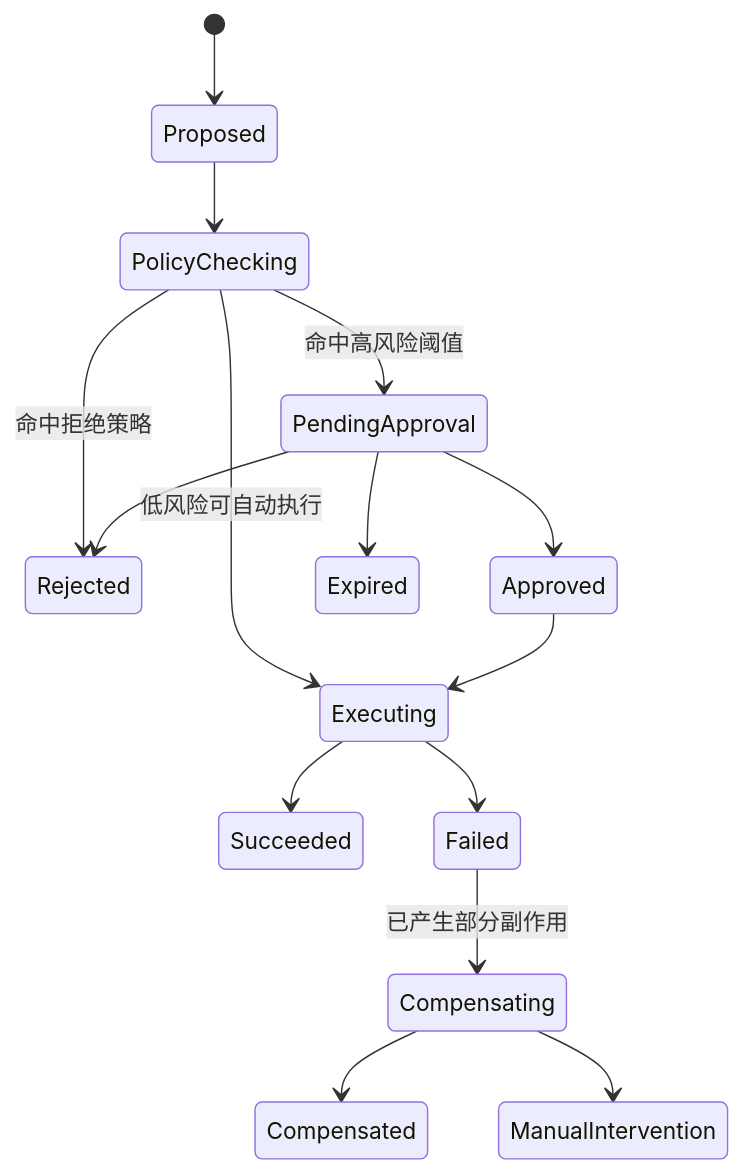
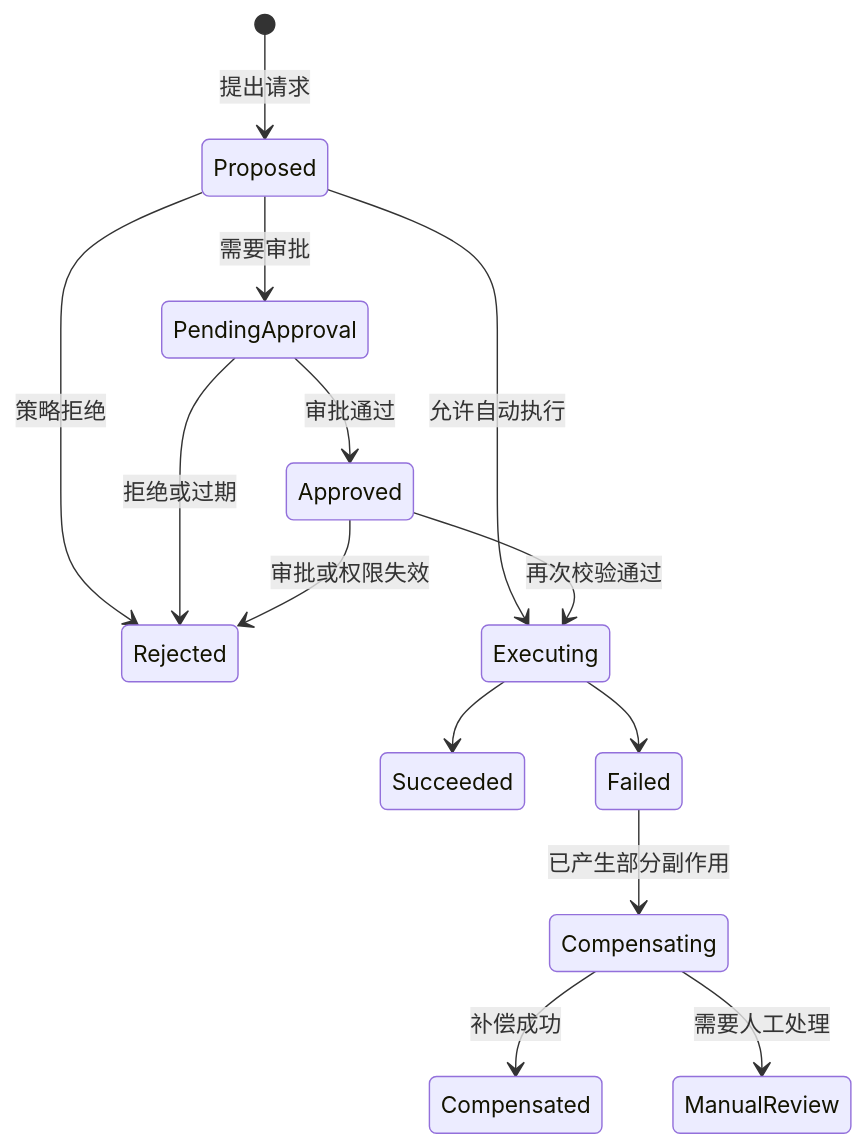
Before and after one commit to GuoWWWX/knowledge-base: the second of 2 diagrams in 10-AI应用开发/05-Agent-MCP-Skills/21-Agent权限治理与分级自治.md, drawn with Mermaid. The commit also changed other lines of this file and 368 other files, not shown here.

````diff
--- a/10-AI应用开发/05-Agent-MCP-Skills/21-Agent权限治理与分级自治.md
+++ b/10-AI应用开发/05-Agent-MCP-Skills/21-Agent权限治理与分级自治.md
@@ -120,17 +64,16 @@
 ```mermaid
 stateDiagram-v2
-    [*] --> Proposed
-    Proposed --> PolicyChecking
-    PolicyChecking --> Rejected: 命中拒绝策略
-    PolicyChecking --> PendingApproval: 命中高风险阈值
-    PolicyChecking --> Executing: 低风险可自动执行
-    PendingApproval --> Approved
-    PendingApproval --> Rejected
-    PendingApproval --> Expired
-    Approved --> Executing
+    [*] --> Proposed: 提出请求
+    Proposed --> Rejected: 策略拒绝
+    Proposed --> PendingApproval: 需要审批
+    Proposed --> Executing: 允许自动执行
+    PendingApproval --> Approved: 审批通过
+    PendingApproval --> Rejected: 拒绝或过期
+    Approved --> Executing: 再次校验通过
+    Approved --> Rejected: 审批或权限失效
     Executing --> Succeeded
     Executing --> Failed
     Failed --> Compensating: 已产生部分副作用
-    Compensating --> Compensated
-    Compensating --> ManualIntervention
+    Compensating --> Compensated: 补偿成功
+    Compensating --> ManualReview: 需要人工处理
 ```
````
